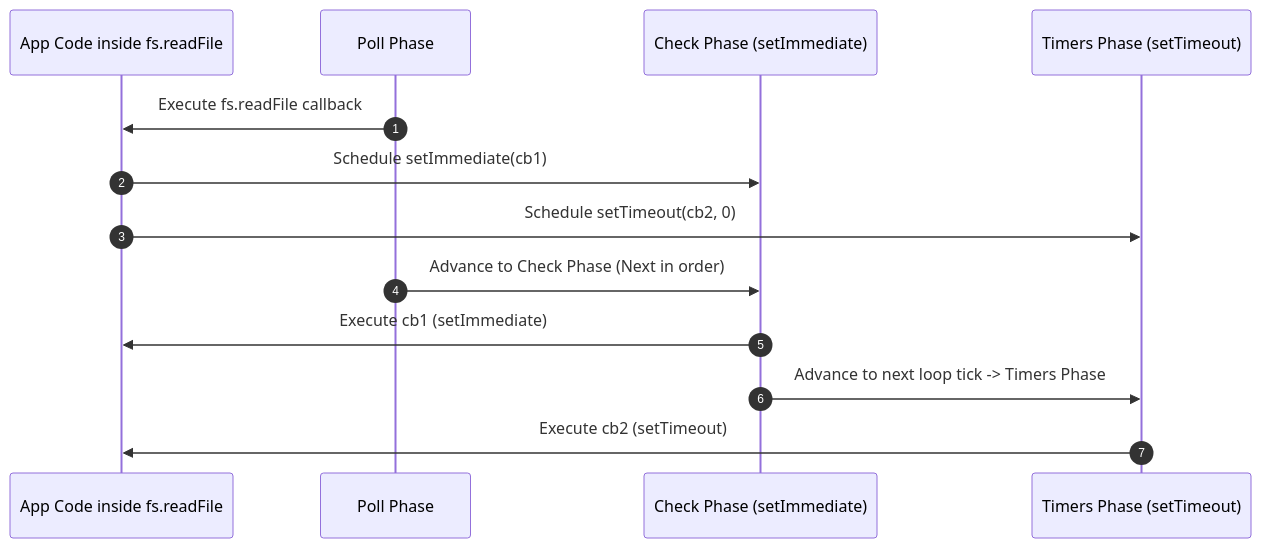
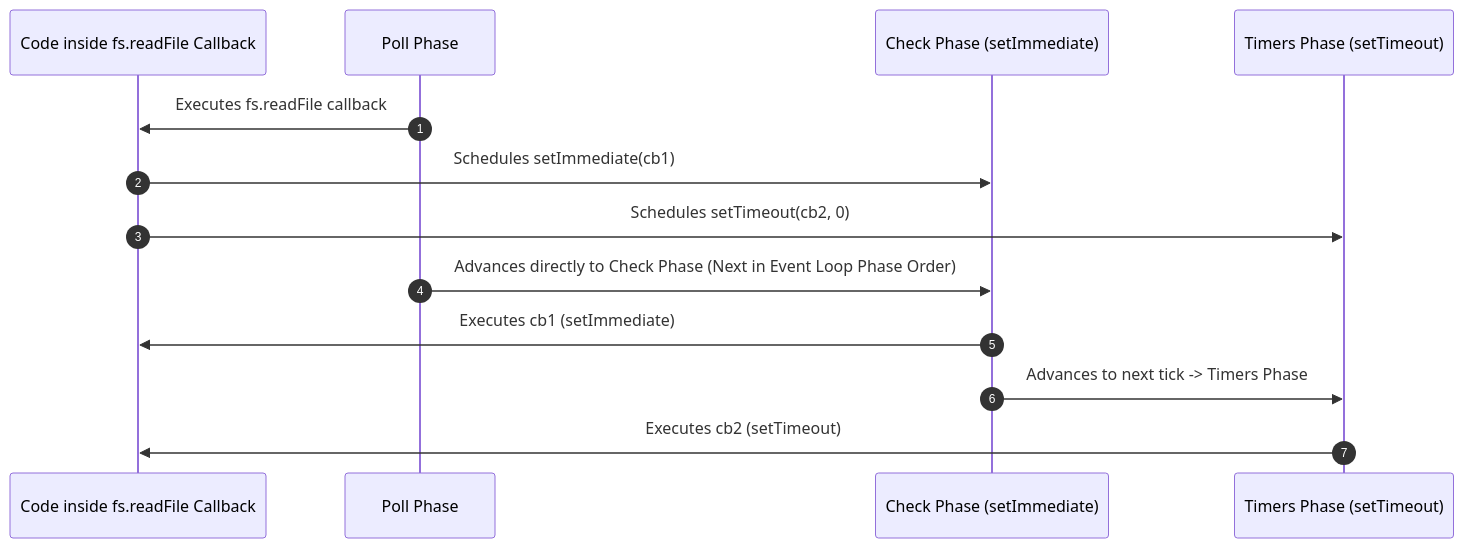
One commit to Amie-dev/engineering-playbook changed the second of 3 diagrams in nodejs-notes/04-timers-in-node.md. Above: the diagram before and after it, drawn with Mermaid. The commit also changed other lines of this file and 31 other files, not shown here.

````diff
--- a/nodejs-notes/04-timers-in-node.md
+++ b/nodejs-notes/04-timers-in-node.md
@@ -51,16 +57,16 @@
 ```mermaid
 sequenceDiagram
     autonumber
-    participant App as App Code inside fs.readFile
+    participant App as Code inside fs.readFile Callback
     participant Poll as Poll Phase
     participant Check as Check Phase (setImmediate)
     participant Timers as Timers Phase (setTimeout)
 
-    Poll->>App: Execute fs.readFile callback
-    App->>Check: Schedule setImmediate(cb1)
-    App->>Timers: Schedule setTimeout(cb2, 0)
-    Poll->>Check: Advance to Check Phase (Next in order)
-    Check->>App: Execute cb1 (setImmediate)
-    Check->>Timers: Advance to next loop tick -> Timers Phase
-    Timers->>App: Execute cb2 (setTimeout)
+    Poll->>App: Executes fs.readFile callback
+    App->>Check: Schedules setImmediate(cb1)
+    App->>Timers: Schedules setTimeout(cb2, 0)
+    Poll->>Check: Advances directly to Check Phase (Next in Event Loop Phase Order)
+    Check->>App: Executes cb1 (setImmediate)
+    Check->>Timers: Advances to next tick -> Timers Phase
+    Timers->>App: Executes cb2 (setTimeout)
 ```
````
